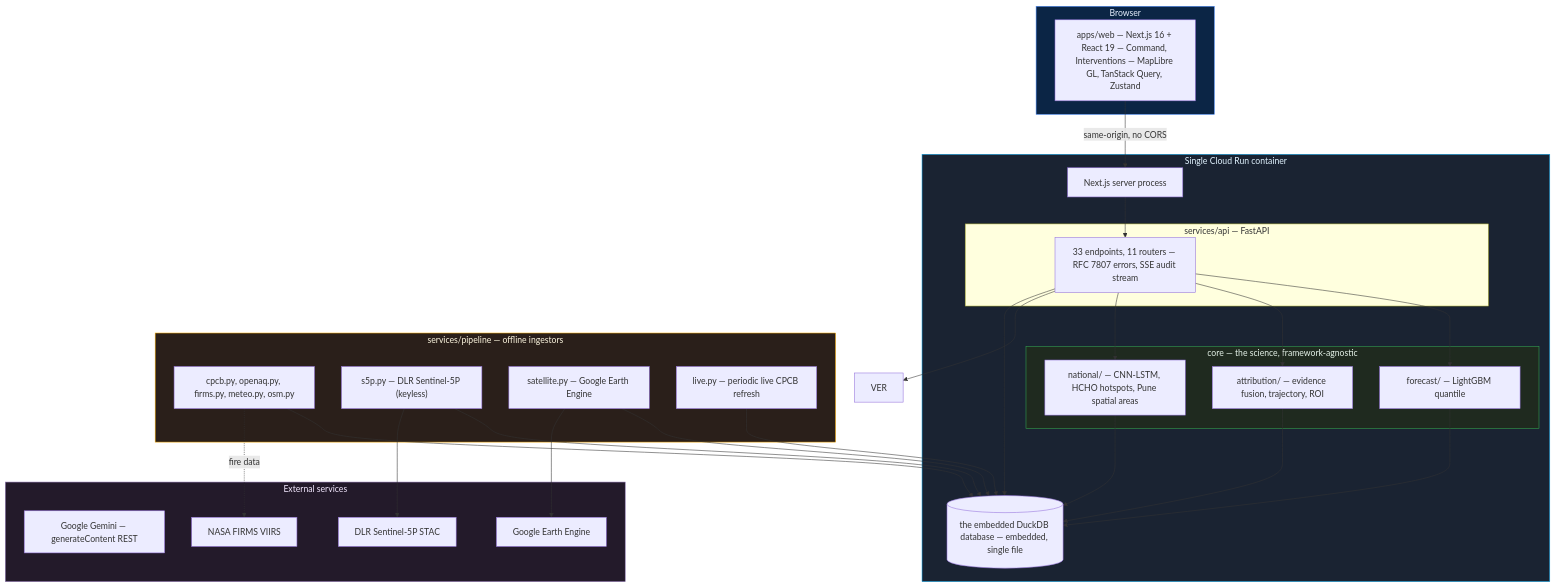
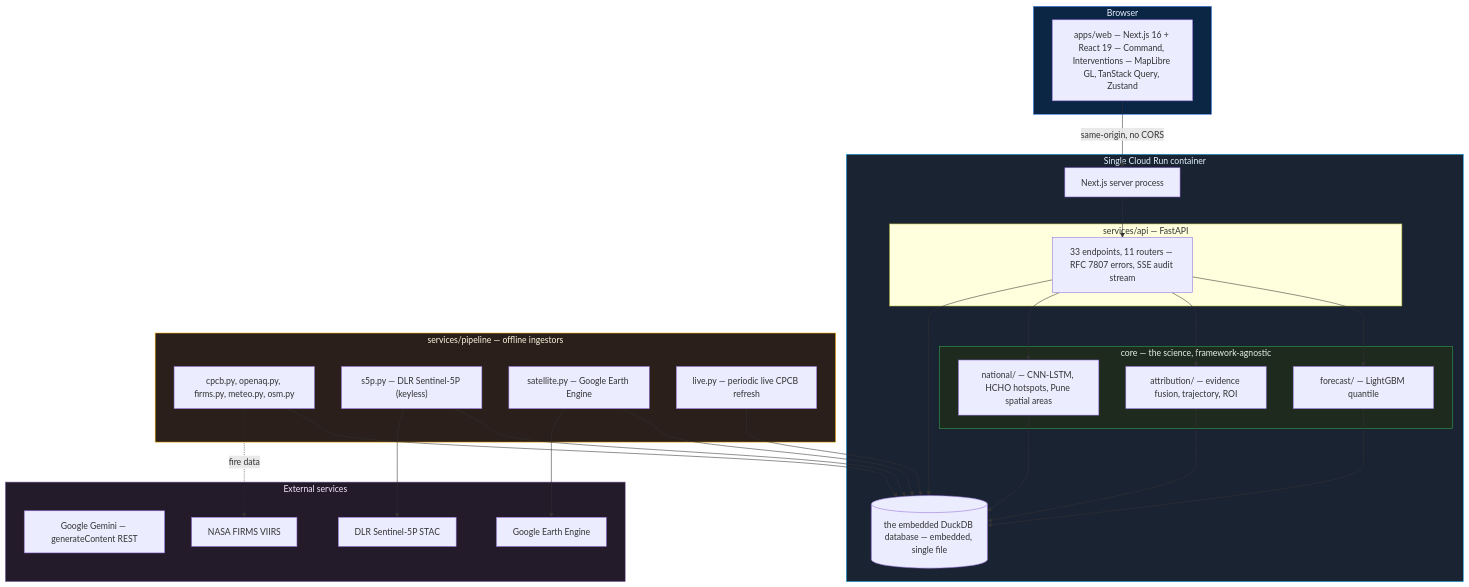
The second of 4 diagrams in README.md (ashoka0402/final_year_project), drawn with Mermaid before and after one commit. The commit also changed other lines of this file, not shown here.

````diff
--- a/README.md
+++ b/README.md
@@ -165,48 +165,48 @@
 ```mermaid
 flowchart TB
     subgraph client["Browser"]
         WEB["apps/web — Next.js 16 + React 19 — Command, Interventions — MapLibre GL, TanStack Query, Zustand"]
     end
 
     subgraph container["Single Cloud Run container"]
         NEXTPROC["Next.js server process"]
         subgraph api["services/api — FastAPI"]
             ROUTERS["33 endpoints, 11 routers — RFC 7807 errors, SSE audit stream"]
         end
         subgraph core["core — the science, framework-agnostic"]
             FC["forecast/ — LightGBM quantile"]
             ATTR["attribution/ — evidence fusion, trajectory, ROI"]
             NAT["national/ — CNN-LSTM, HCHO hotspots, Pune spatial areas"]
         end
         DB[("the embedded DuckDB database — embedded, single file")]
     end
 
     subgraph pipe["services/pipeline — offline ingestors"]
         CPCB["cpcb.py, openaq.py, firms.py, meteo.py, osm.py"]
         S5P["s5p.py — DLR Sentinel-5P (keyless)"]
         SAT["satellite.py — Google Earth Engine"]
         LIVE["live.py — periodic live CPCB refresh"]
     end
 
     subgraph ext["External services"]
         GEMINI["Google Gemini — generateContent REST"]
         GEEEXT["Google Earth Engine"]
         DLR["DLR Sentinel-5P STAC"]
         FIRMSX["NASA FIRMS VIIRS"]
     end
 
     WEB -->|"same-origin, no CORS"| NEXTPROC --> ROUTERS
-    ROUTERS --> FC & ATTR & NAT & VER
+    ROUTERS --> FC & ATTR & NAT
     FC & ATTR & NAT --> DB
     ROUTERS --> DB
     CPCB & S5P & SAT & LIVE --> DB
     SAT --> GEEEXT
     S5P --> DLR
     CPCB -.fire data.-> FIRMSX
 
     style client fill:#0b2545,stroke:#4285F4,color:#e8f0fe
     style container fill:#1a2332,stroke:#0ea5e9,color:#e0f2fe
     style core fill:#1f2a1f,stroke:#34A853,color:#e6f4ea
     style pipe fill:#2a1f1a,stroke:#F9AB00,color:#fef7e0
     style ext fill:#231a2a,stroke:#8E75B2,color:#f3e8ff
 ```
````
